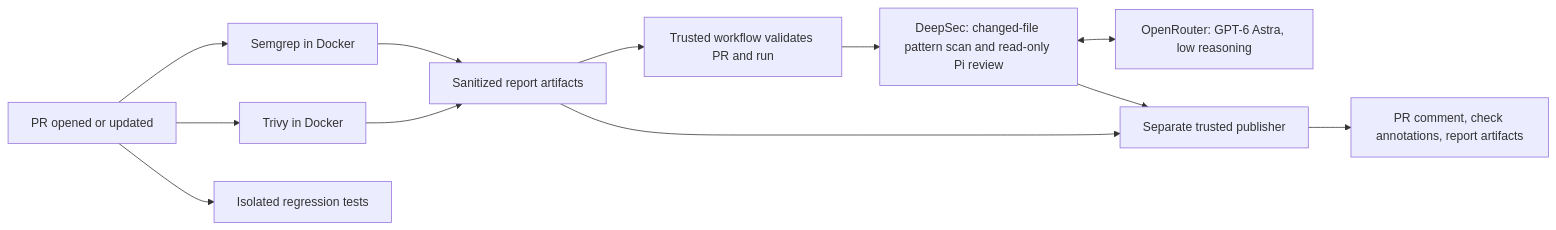
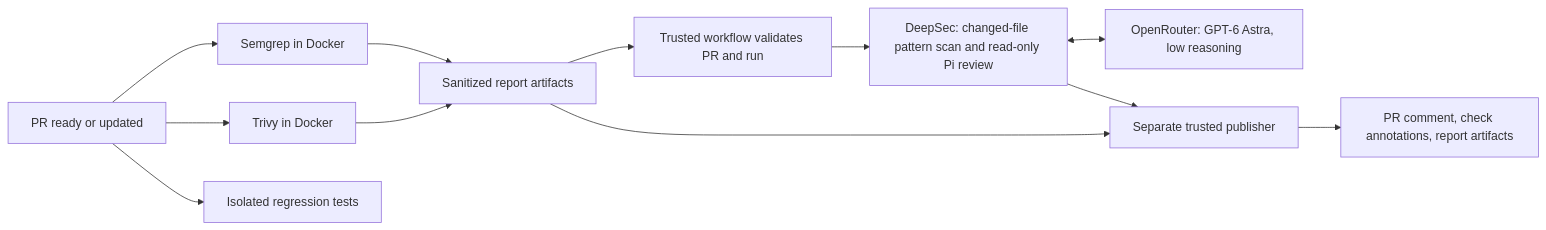
The diagram in README.md (na-stt/security-pipeline-demo), drawn with Mermaid before and after one commit. The commit also changed other lines of this file and 6 other files, not shown here.

````diff
--- a/README.md
+++ b/README.md
@@ -29,14 +29,14 @@
 ```mermaid
 flowchart LR
-  PR[PR opened or updated] --> S[Semgrep in Docker]
+  PR[PR ready or updated] --> S[Semgrep in Docker]
   PR --> T[Trivy in Docker]
   PR --> TEST[Isolated regression tests]
   S --> A[Sanitized report artifacts]
   T --> A
   A --> V[Trusted workflow validates PR and run]
   V --> D[DeepSec: changed-file pattern scan and read-only Pi review]
   D <--> OR[OpenRouter: GPT-6 Astra, low reasoning]
   D --> P[Separate trusted publisher]
   A --> P
   P --> R[PR comment, check annotations, report artifacts]
 ```
````
